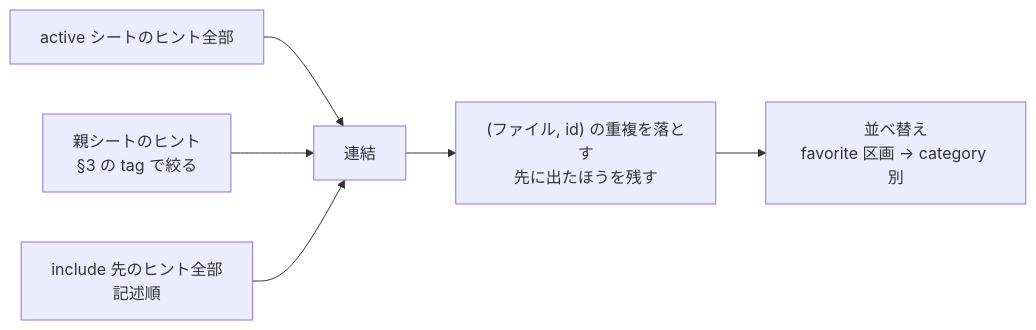
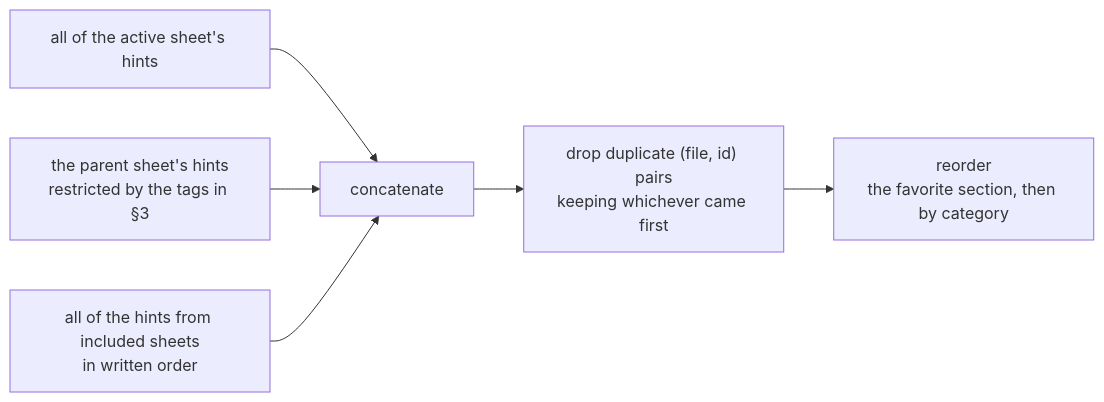
The second of 5 diagrams in docs/SHEETS.md (yasuoeto/wayhint), drawn with Mermaid before and after one commit. The commit also changed other lines of this file and 23 other files, not shown here.

````diff
--- a/docs/SHEETS.md
+++ b/docs/SHEETS.md
@@ -37,8 +44,8 @@
 ```mermaid
 flowchart LR
-    S1[active シートのヒント全部] --> J[連結]
-    S2[親シートのヒント<br/>§3 の tag で絞る] --> J
-    S3[include 先のヒント全部<br/>記述順] --> J
-    J --> U["(ファイル, id) の重複を落とす<br/>先に出たほうを残す"]
-    U --> O[並べ替え<br/>favorite 区画 → category 別]
+    S1[all of the active sheet's hints] --> J[concatenate]
+    S2[the parent sheet's hints<br/>restricted by the tags in §3] --> J
+    S3[all of the hints from included sheets<br/>in written order] --> J
+    J --> U["drop duplicate (file, id) pairs<br/>keeping whichever came first"]
+    U --> O[reorder<br/>the favorite section, then by category]
 ```
````
